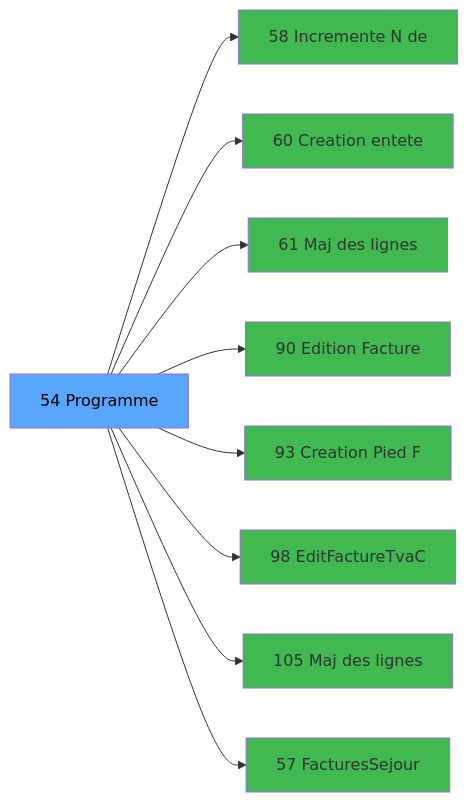
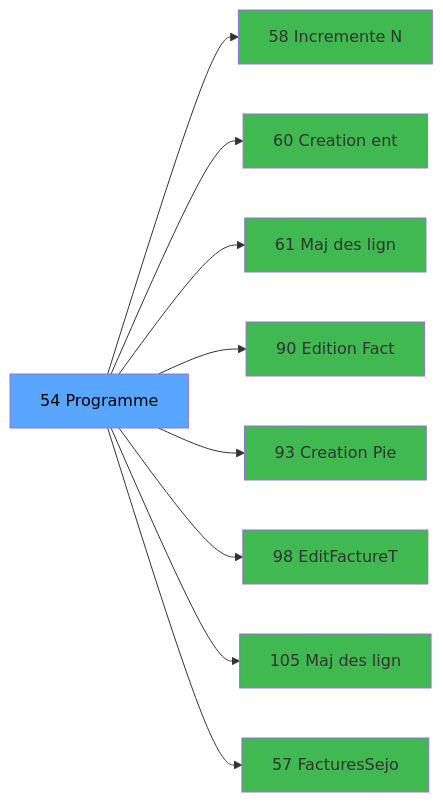
The third of 3 diagrams in .openspec/specs/ADH-IDE-54.md (thonyAGP/magic-migration), drawn with Mermaid before and after one commit. The commit also changed other lines of this file and 323 other files, not shown here.

````diff
--- a/.openspec/specs/ADH-IDE-54.md
+++ b/.openspec/specs/ADH-IDE-54.md
@@ -130,29 +170,29 @@
 ```mermaid
 graph LR
     T[54 Programme]
-    C58[58 Incremente N de]
+    C58[58 Incremente N]
     T --> C58
-    C60[60 Creation entete]
+    C60[60 Creation ent]
     T --> C60
-    C61[61 Maj des lignes ]
+    C61[61 Maj des lign]
     T --> C61
-    C90[90 Edition Facture]
+    C90[90 Edition Fact]
     T --> C90
-    C93[93 Creation Pied F]
+    C93[93 Creation Pie]
     T --> C93
-    C98[98 EditFactureTvaC]
+    C98[98 EditFactureT]
     T --> C98
-    C105[105 Maj des lignes ]
+    C105[105 Maj des lign]
     T --> C105
-    C57[57 FacturesSejour]
+    C57[57 FacturesSejo]
     T --> C57
     style T fill:#58a6ff,color:#000
     style C58 fill:#3fb950
     style C60 fill:#3fb950
     style C61 fill:#3fb950
     style C90 fill:#3fb950
     style C93 fill:#3fb950
     style C98 fill:#3fb950
     style C105 fill:#3fb950
     style C57 fill:#3fb950
 ```
````
